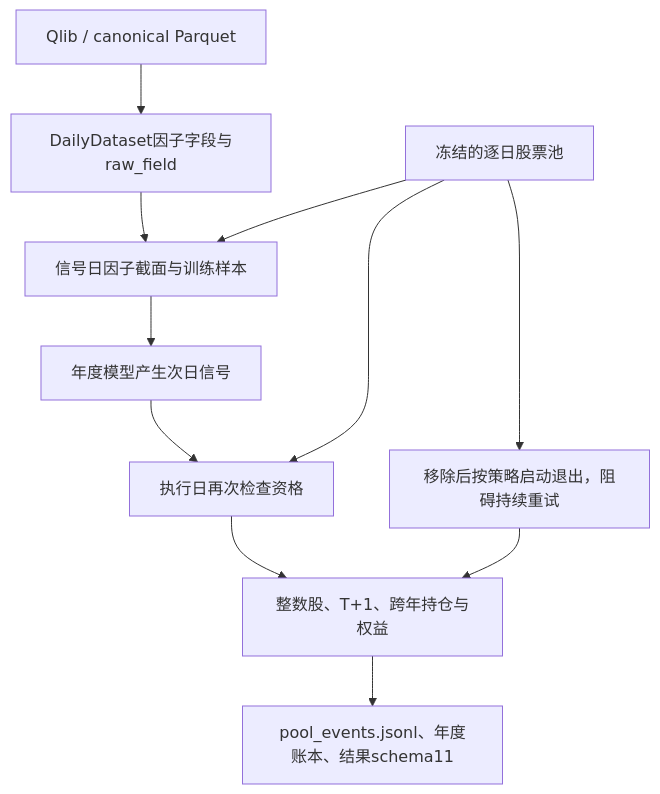
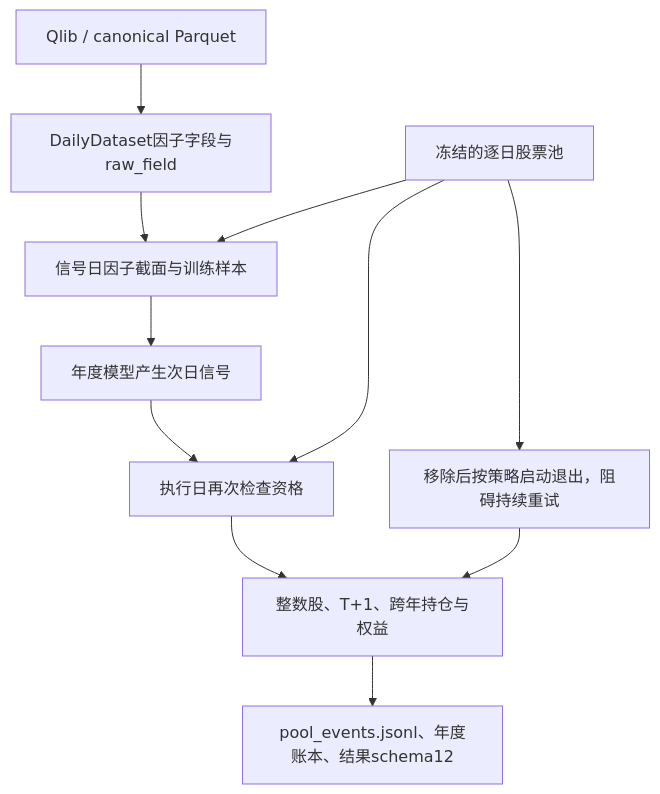
The second of 4 diagrams in crates/ml/src/backtest/README.md (Dennishaha/JFQuant), drawn with Mermaid before and after one commit. The commit also changed other lines of this file and 77 other files, not shown here.

````diff
--- a/crates/ml/src/backtest/README.md
+++ b/crates/ml/src/backtest/README.md
@@ -61,13 +61,13 @@
 ```mermaid
 flowchart TD
   INPUT["Qlib / canonical Parquet"] --> DAILY["DailyDataset因子字段与raw_field"]
   POOL["冻结的逐日股票池"] --> SAMPLE["信号日因子截面与训练样本"]
   DAILY --> SAMPLE
   SAMPLE --> PREDICT["年度模型产生次日信号"]
   PREDICT --> CHECK["执行日再次检查资格"]
   POOL --> CHECK
   CHECK --> LEDGER["整数股、T+1、跨年持仓与权益"]
   POOL --> EXIT["移除后按策略启动退出，阻碍持续重试"]
   EXIT --> LEDGER
-  LEDGER --> EVENTS["pool_events.jsonl、年度账本、结果schema11"]
+  LEDGER --> EVENTS["pool_events.jsonl、年度账本、结果schema12"]
 ```
````
